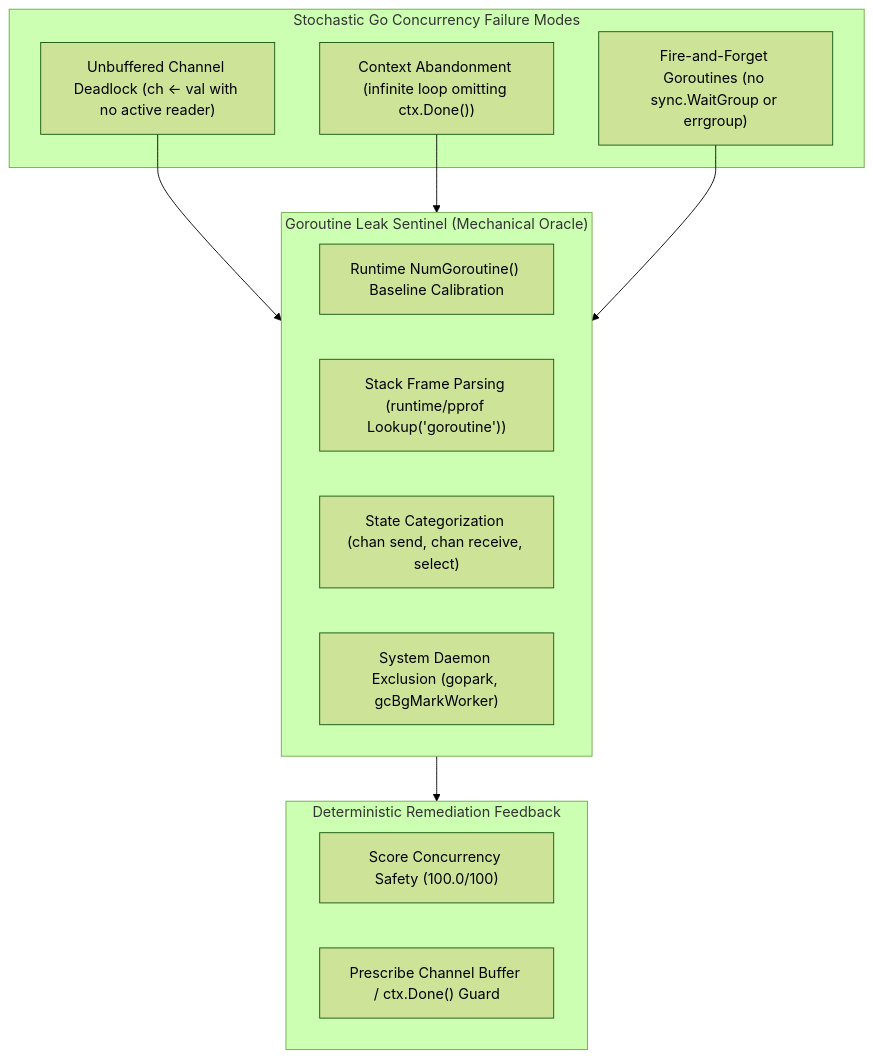
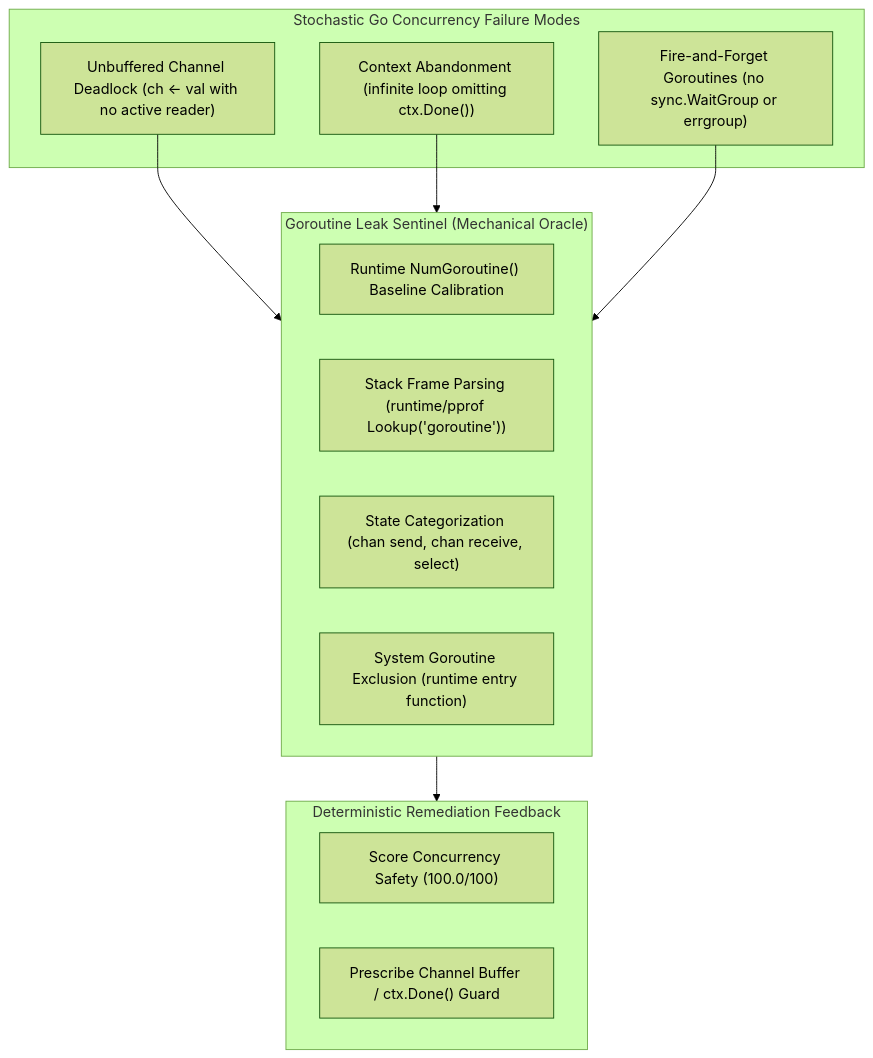
The diagram in examples/go-leak-sentinel/README.md (dan-petty/vibes), drawn with Mermaid (forest theme) before and after one commit. The commit also changed other lines of this file and 6 other files, not shown here.

````diff
--- a/examples/go-leak-sentinel/README.md
+++ b/examples/go-leak-sentinel/README.md
@@ -16,25 +16,25 @@
 ```mermaid
 flowchart TD
     subgraph LLMConcurrenyTraps["Stochastic Go Concurrency Failure Modes"]
         T1["Unbuffered Channel Deadlock (ch <- val with no active reader)"]
         T2["Context Abandonment (infinite loop omitting ctx.Done())"]
         T3["Fire-and-Forget Goroutines (no sync.WaitGroup or errgroup)"]
     end
 
     subgraph Oracle["Goroutine Leak Sentinel (Mechanical Oracle)"]
         O1["Runtime NumGoroutine() Baseline Calibration"]
         O2["Stack Frame Parsing (runtime/pprof Lookup('goroutine'))"]
         O3["State Categorization (chan send, chan receive, select)"]
-        O4["System Daemon Exclusion (gopark, gcBgMarkWorker)"]
+        O4["System Goroutine Exclusion (runtime entry function)"]
     end
 
     subgraph Actions["Deterministic Remediation Feedback"]
         A1["Score Concurrency Safety (100.0/100)"]
         A2["Prescribe Channel Buffer / ctx.Done() Guard"]
     end
 
     T1 --> Oracle
     T2 --> Oracle
     T3 --> Oracle
     Oracle --> Actions
 ```
````
